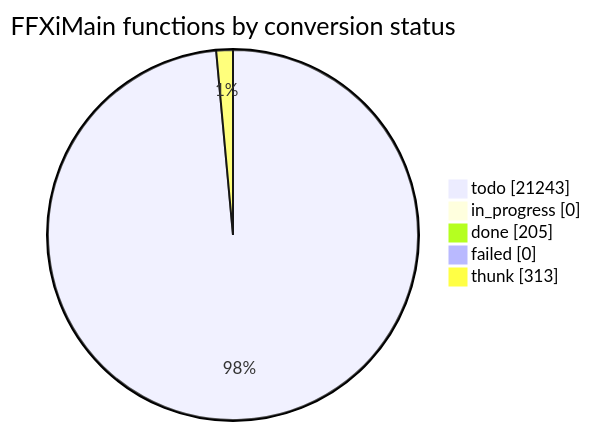
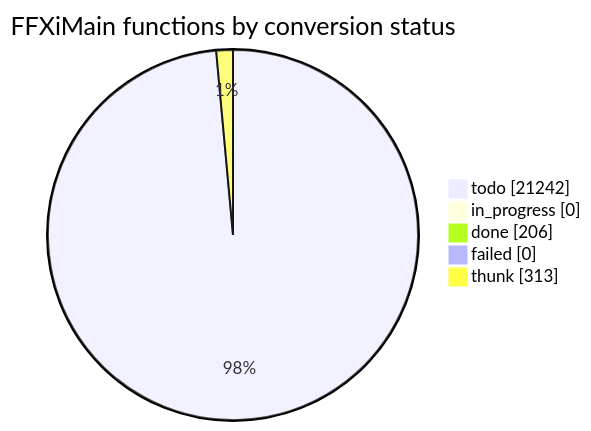
The diagram in docs/cow/STATUS.md (cowrevenge/cow_kuluu_xi_anything), drawn with Mermaid before and after one commit. The commit also changed other lines of this file and 9 other files, not shown here.

````diff
--- a/docs/cow/STATUS.md
+++ b/docs/cow/STATUS.md
@@ -18,9 +18,9 @@
 ```mermaid
 pie showData
     title FFXiMain functions by conversion status
-    "todo" : 21243
+    "todo" : 21242
     "in_progress" : 0
-    "done" : 205
+    "done" : 206
     "failed" : 0
     "thunk" : 313
 ```
````
